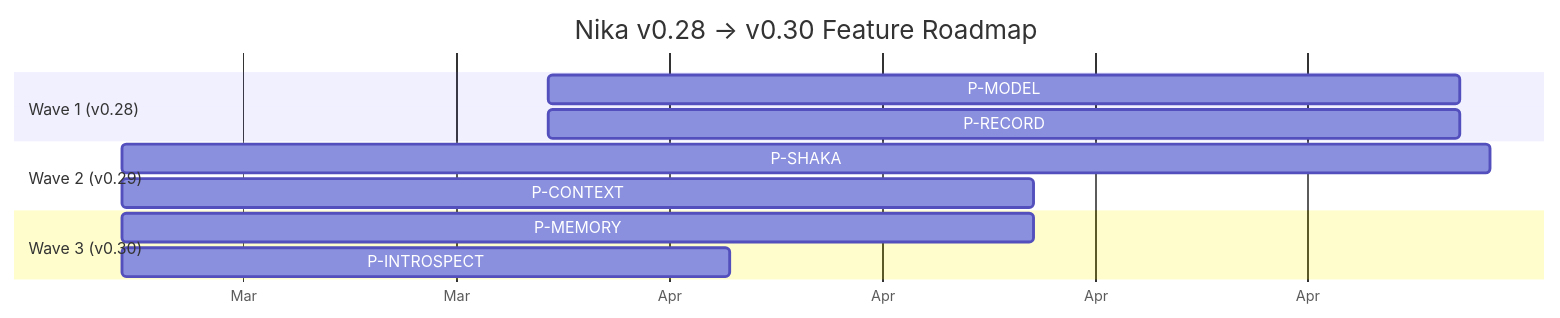
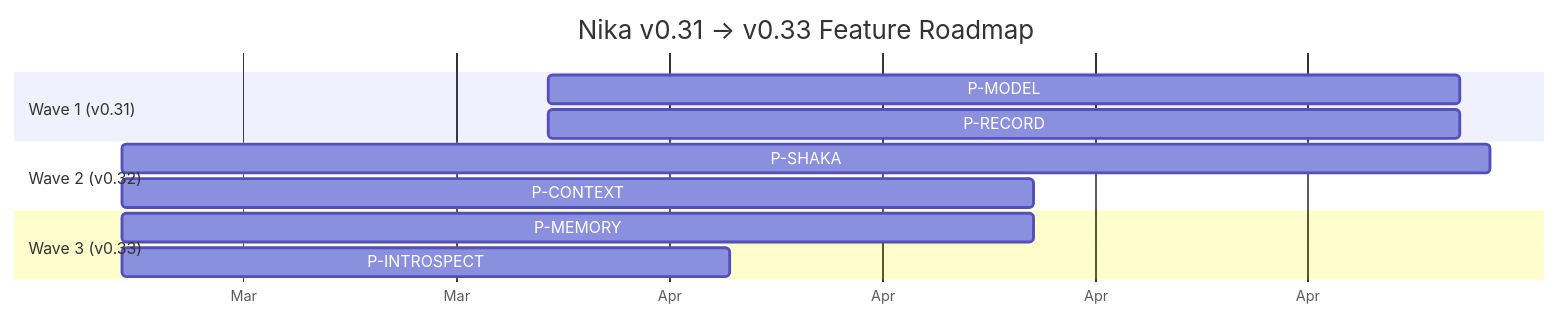
Diagram 22 of 23 in tools/nika/docs/brainstorm/nika-evolution/11-nika-030-technical-reference.md (supernovae-st/nika), drawn with Mermaid before and after one commit. The commit also changed other lines of this file and 35 other files, not shown here.

````diff
--- a/tools/nika/docs/brainstorm/nika-evolution/11-nika-030-technical-reference.md
+++ b/tools/nika/docs/brainstorm/nika-evolution/11-nika-030-technical-reference.md
@@ -1537,18 +1546,18 @@
 ```mermaid
 gantt
-    title Nika v0.28 → v0.30 Feature Roadmap
+    title Nika v0.31 → v0.33 Feature Roadmap
     dateFormat YYYY-MM-DD
     axisFormat %b
 
-    section Wave 1 (v0.28)
+    section Wave 1 (v0.31)
     P-MODEL: 4-slot model routing          :pm, 2026-04-01, 30d
     P-RECORD: Record compression           :pe, 2026-04-01, 30d
 
-    section Wave 2 (v0.29)
+    section Wave 2 (v0.32)
     P-SHAKA: Shaka orchestration           :ps, after pe, 45d
     P-CONTEXT: Context budgets             :pc, after pe, 30d
 
-    section Wave 3 (v0.30)
+    section Wave 3 (v0.33)
     P-MEMORY: NovaNet persistent records   :pmem, after ps, 30d
     P-INTROSPECT: 6 introspection tools    :pi, after ps, 20d
 ```
````
